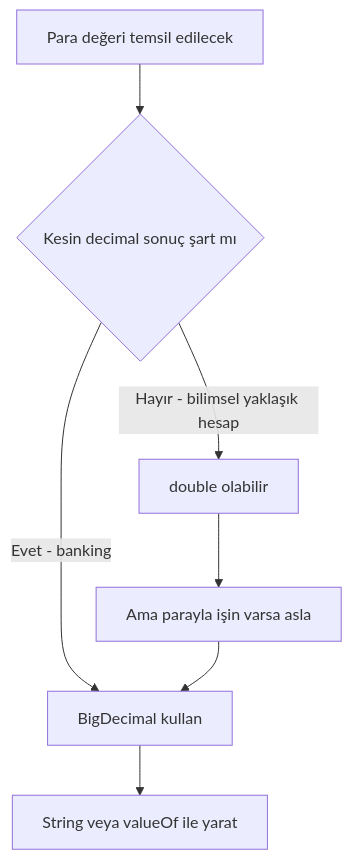
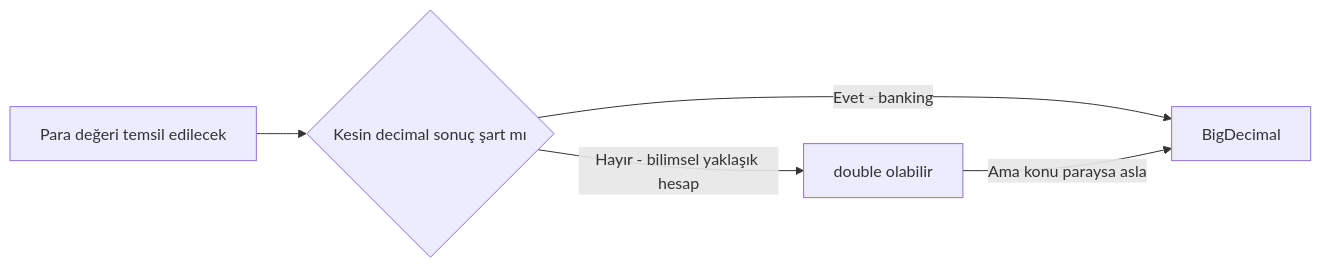
The first of 5 diagrams in 01-foundation/03-money-handling/README.md (adraarda23/banking-learning), drawn with Mermaid before and after one commit. The commit also changed other lines of this file and 37 other files, not shown here.

````diff
--- a/01-foundation/03-money-handling/README.md
+++ b/01-foundation/03-money-handling/README.md
@@ -52,9 +48,7 @@
 ```mermaid
-flowchart TD
+flowchart LR
     A["Para değeri temsil edilecek"] --> B{"Kesin decimal sonuç şart mı"}
-    B -->|"Evet - banking"| C["BigDecimal kullan"]
+    B -->|"Evet - banking"| C["BigDecimal"]
     B -->|"Hayır - bilimsel yaklaşık hesap"| D["double olabilir"]
-    C --> E["String veya valueOf ile yarat"]
-    D --> F["Ama parayla işin varsa asla"]
-    F --> C
+    D -->|"Ama konu paraysa asla"| C
 ```
````
